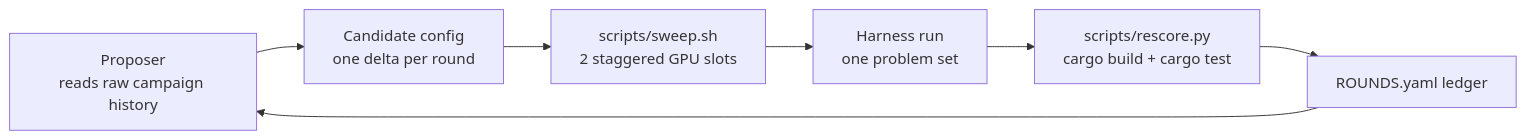
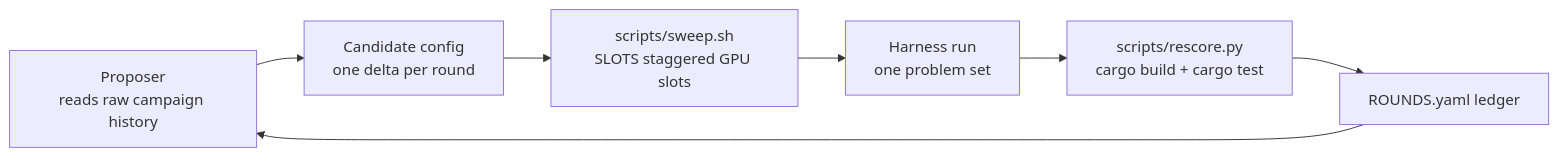
The second of 2 diagrams in docs/slides/slides.md (NTDuck/ARCMiS), drawn with Mermaid before and after one commit. The commit also changed other lines of this file and 135 other files, not shown here.

````diff
--- a/docs/slides/slides.md
+++ b/docs/slides/slides.md
@@ -129,9 +137,9 @@
 ```mermaid
 flowchart LR
   P["Proposer<br/>reads raw campaign history"] --> C["Candidate config<br/>one delta per round"]
-  C --> S["scripts/sweep.sh<br/>2 staggered GPU slots"]
+  C --> S["scripts/sweep.sh<br/>SLOTS staggered GPU slots"]
   S --> R["Harness run<br/>one problem set"]
   R --> SC["scripts/rescore.py<br/>cargo build + cargo test"]
   SC --> L["ROUNDS.yaml ledger"]
   L --> P
 ```
````
